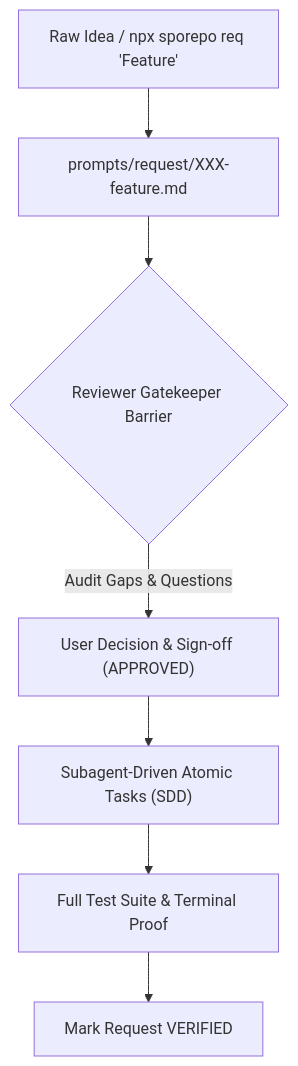
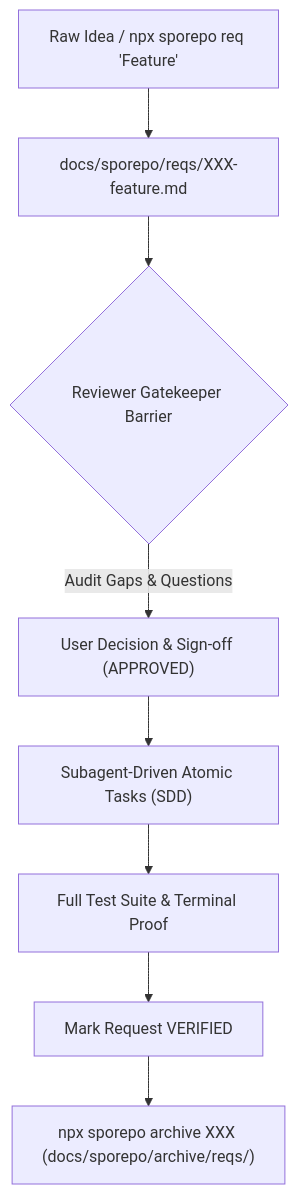
One commit to dimas-sulaksono/sporepo changed the first of 2 diagrams in README.md. Above: the diagram before and after it, drawn with Mermaid. The commit also changed other lines of this file and 25 other files, not shown here.

Commit message:
feat(workspace): migrate workspace structure to docs/sporepo with archive and migrate commands (v1.1.0)

````diff
--- a/README.md
+++ b/README.md
@@ -31,9 +34,10 @@
 ```mermaid
 flowchart TD
-    A["Raw Idea / npx sporepo req 'Feature'"] --> B["prompts/request/XXX-feature.md"]
+    A["Raw Idea / npx sporepo req 'Feature'"] --> B["docs/sporepo/reqs/XXX-feature.md"]
     B --> C{"Reviewer Gatekeeper Barrier"}
     C -->|"Audit Gaps & Questions"| D["User Decision & Sign-off (APPROVED)"]
     D --> E["Subagent-Driven Atomic Tasks (SDD)"]
     E --> F["Full Test Suite & Terminal Proof"]
     F --> G["Mark Request VERIFIED"]
+    G --> H["npx sporepo archive XXX (docs/sporepo/archive/reqs/)"]
 ```
````
